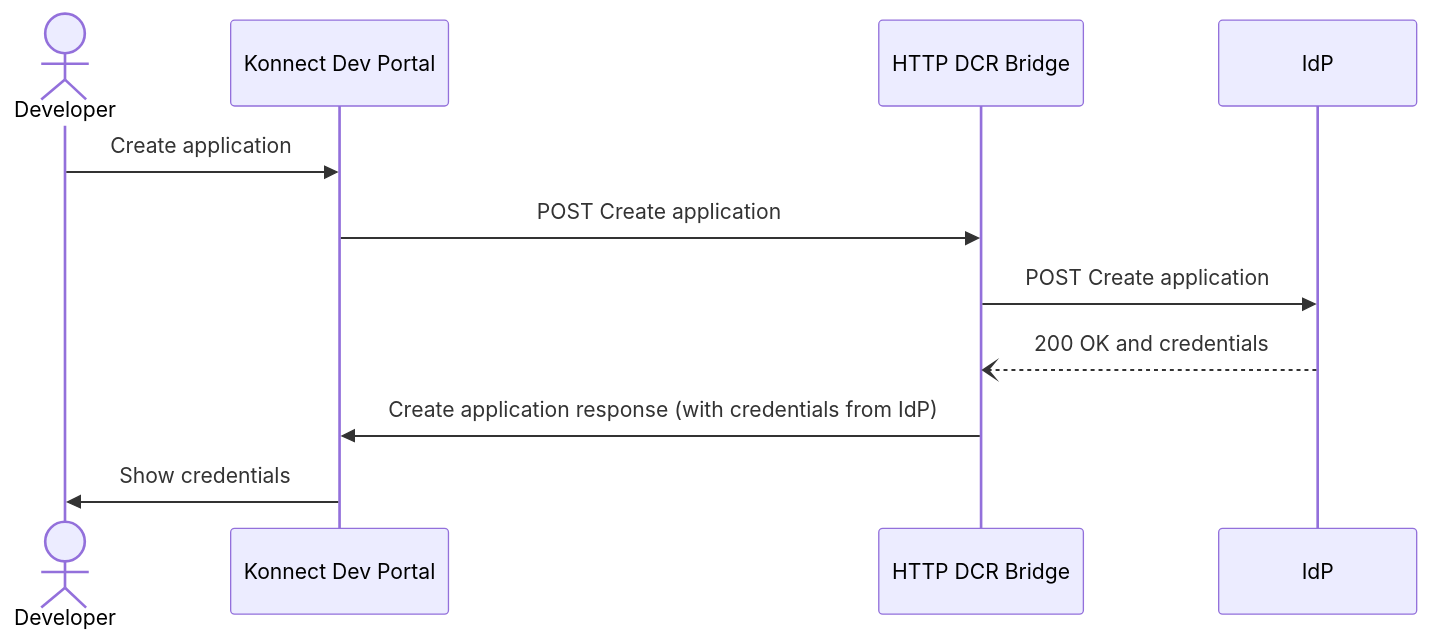
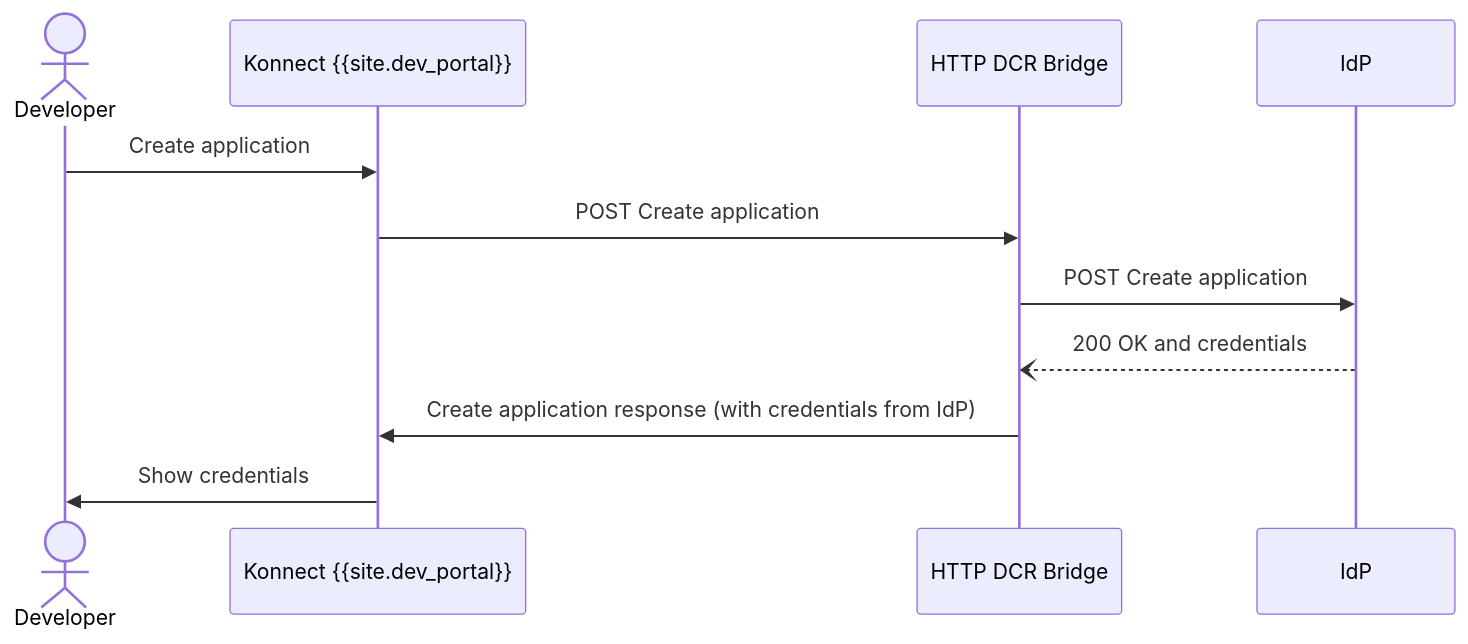
One commit to Kong/developer.konghq.com changed the second of 2 diagrams in app/dev-portal/dynamic-client-registration.md. Above: the diagram before and after it, drawn with Mermaid. The commit also changed other lines of this file and 2 other files, not shown here.

Commit message:
Add FAQ to DCR how tos for Okta and Entra, make the managing credentials section apply to three IdPs

```diff
--- a/app/dev-portal/dynamic-client-registration.md
+++ b/app/dev-portal/dynamic-client-registration.md
@@ -220,13 +220,13 @@
 {% mermaid %}
 sequenceDiagram
     actor Developer
-    participant Konnect Dev Portal
+    participant Konnect {{site.dev_portal}}
     participant HTTP DCR Bridge
     participant IdP
-    Developer->>Konnect Dev Portal: Create application
-    Konnect Dev Portal->>HTTP DCR Bridge: POST Create application
+    Developer->>Konnect {{site.dev_portal}}: Create application
+    Konnect {{site.dev_portal}}->>HTTP DCR Bridge: POST Create application
     HTTP DCR Bridge->>IdP: POST Create application
     IdP--)HTTP DCR Bridge: 200 OK and credentials
-    HTTP DCR Bridge->>Konnect Dev Portal: Create application response (with credentials from IdP)
-    Konnect Dev Portal->>Developer: Show credentials
+    HTTP DCR Bridge->>Konnect {{site.dev_portal}}: Create application response (with credentials from IdP)
+    Konnect {{site.dev_portal}}->>Developer: Show credentials
 {% endmermaid %}
```
